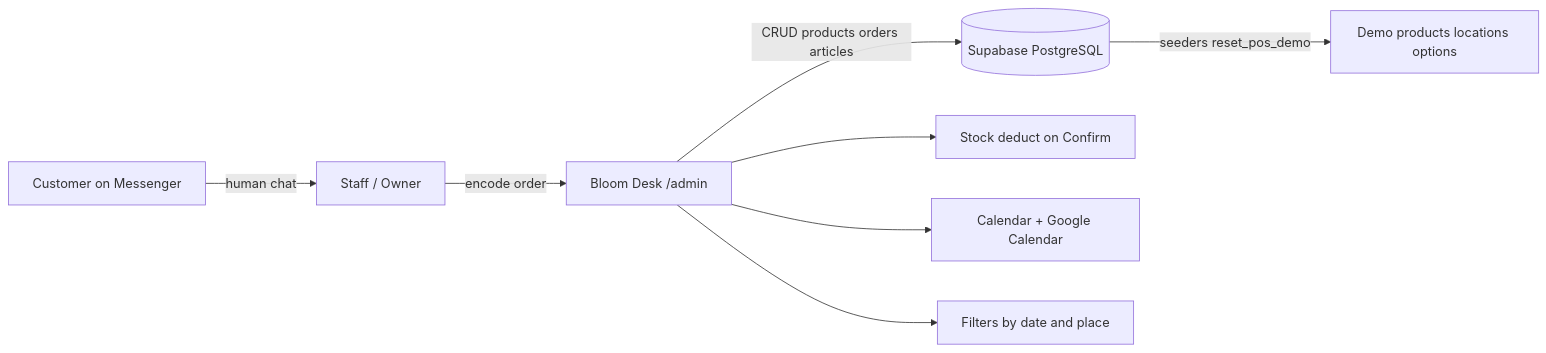
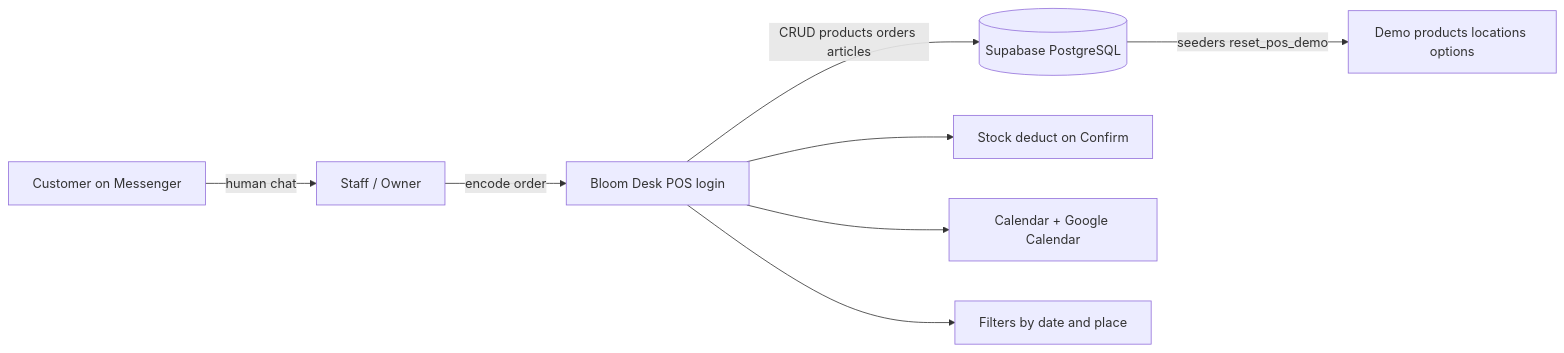
One commit to Brian-K05/Bloom-Co.-Flowers changed the diagram in docs/proposals/flower-shop-pos-messenger-proposal.md. Above: the diagram before and after it, drawn with Mermaid. The commit also changed other lines of this file, not shown here.

Commit message:
Clarify proposal points to POS-only Bloom Desk for shop distribution.

````diff
--- a/docs/proposals/flower-shop-pos-messenger-proposal.md
+++ b/docs/proposals/flower-shop-pos-messenger-proposal.md
@@ -40,15 +42,15 @@
 ```mermaid
 flowchart LR
   customer[Customer on Messenger]
   staff[Staff / Owner]
-  pos[Bloom Desk /admin]
+  pos[Bloom Desk POS login]
   db[(Supabase PostgreSQL)]
 
   customer -->|human chat| staff
   staff -->|encode order| pos
   pos -->|CRUD products orders articles| db
   db -->|seeders reset_pos_demo| demo[Demo products locations options]
   pos --> stock[Stock deduct on Confirm]
   pos --> calendar[Calendar + Google Calendar]
   pos --> prep[Filters by date and place]
 ```
````
